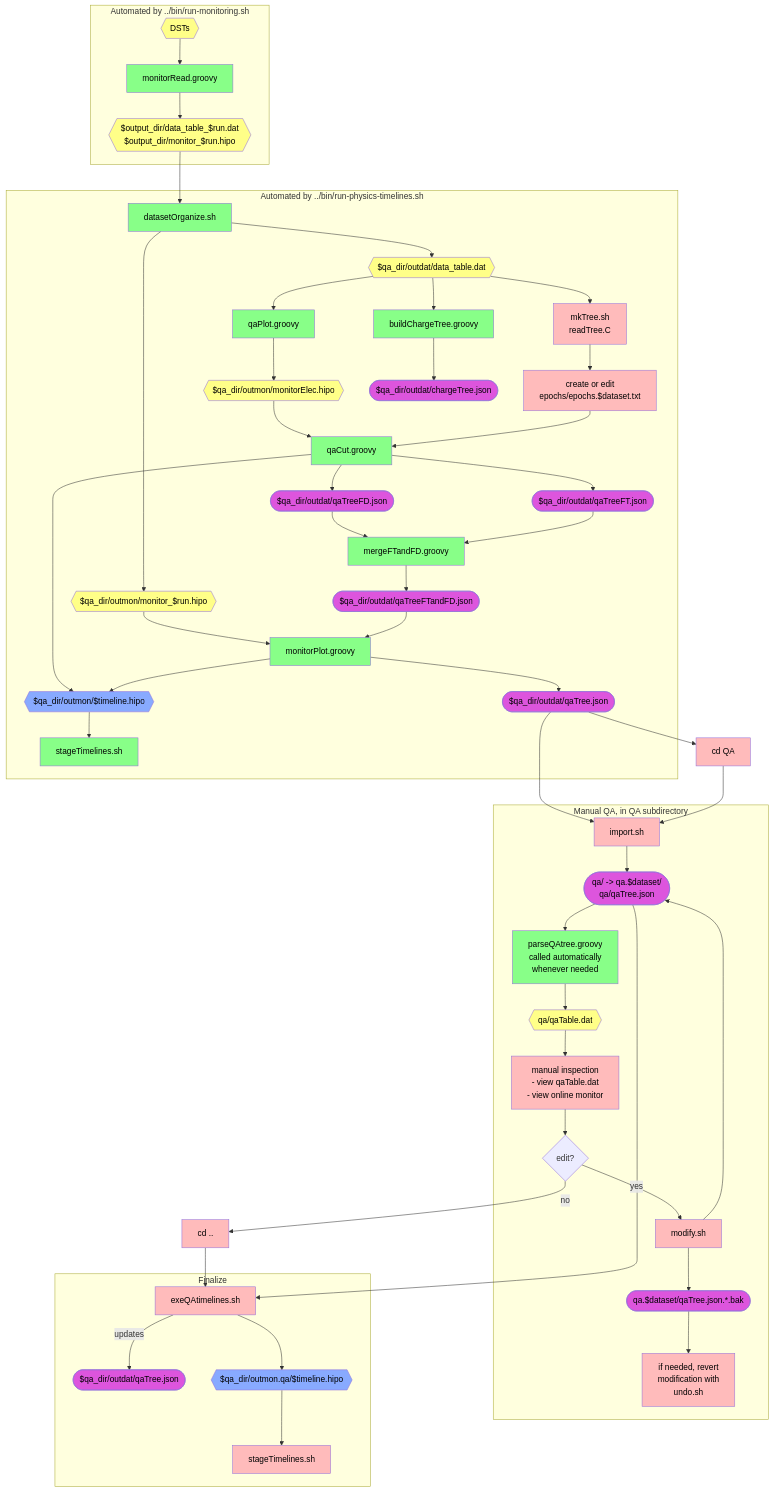
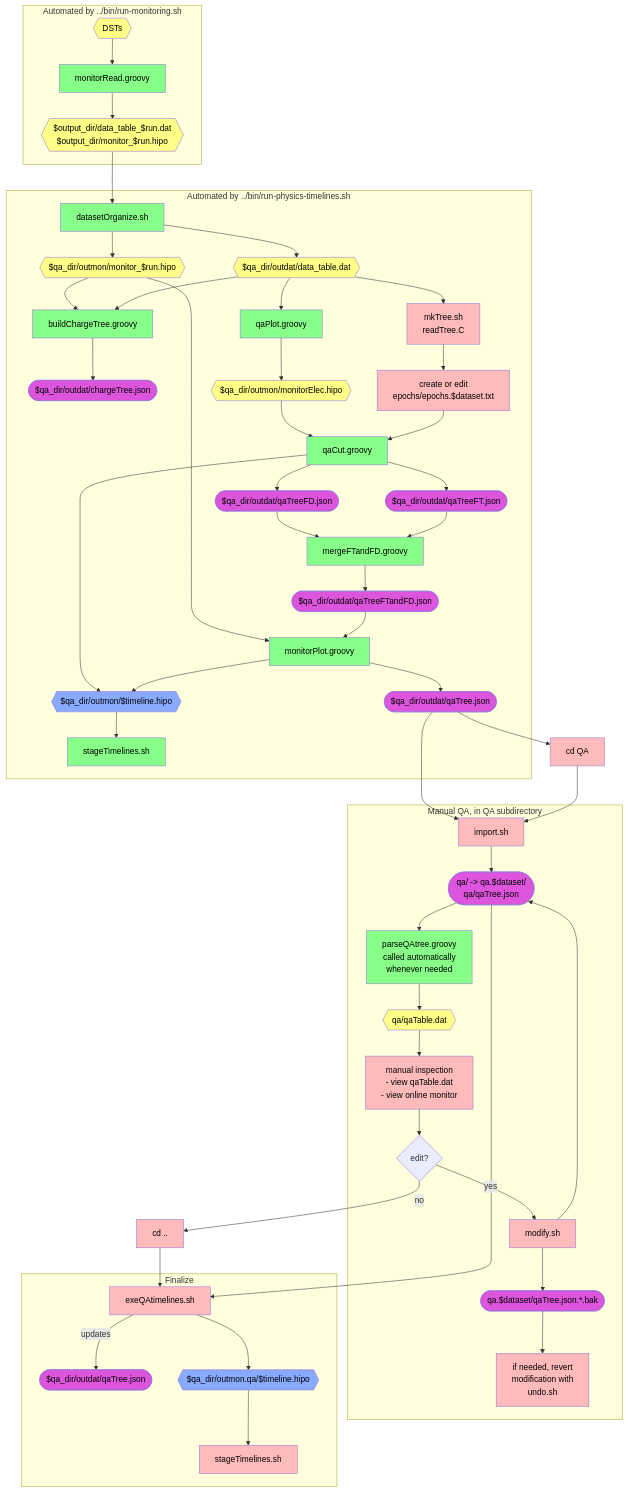
The second of 2 diagrams in qa-physics/docs/docDiagram.md (raffaelladevita/clas12-timeline), drawn with Mermaid before and after one commit.

Commit message:
doc: update flowchart for helicity-latched charge handling (#279)

```diff
--- a/qa-physics/docs/docDiagram.md
+++ b/qa-physics/docs/docDiagram.md
@@ -45,6 +45,11 @@
       monitorReadOut --> datasetOrganize
       datasetOrganize --> outmonFiles
       datasetOrganize --> outdatFiles
+
+      buildCT[buildChargeTree.groovy]:::auto
+      chargeTree([$qa_dir/outdat/chargeTree.json]):::json
+      outmonFiles --> buildCT
+      outdatFiles --> buildCT
 
       qaPlot[qaPlot.groovy]:::auto
       outdatFiles --> mkTree[mkTree.sh<br />readTree.C]:::manual
@@ -73,10 +78,7 @@
       monitorPlot --> qaTree
       monitorPlot --> timelineFiles
 
-      buildCT[buildChargeTree.groovy]:::auto
-      chargeTree([$qa_dir/outdat/chargeTree.json]):::json
       stage0[stageTimelines.sh]:::auto
-      outdatFiles --> buildCT
       buildCT --> chargeTree
       timelineFiles --> stage0
     end
```
